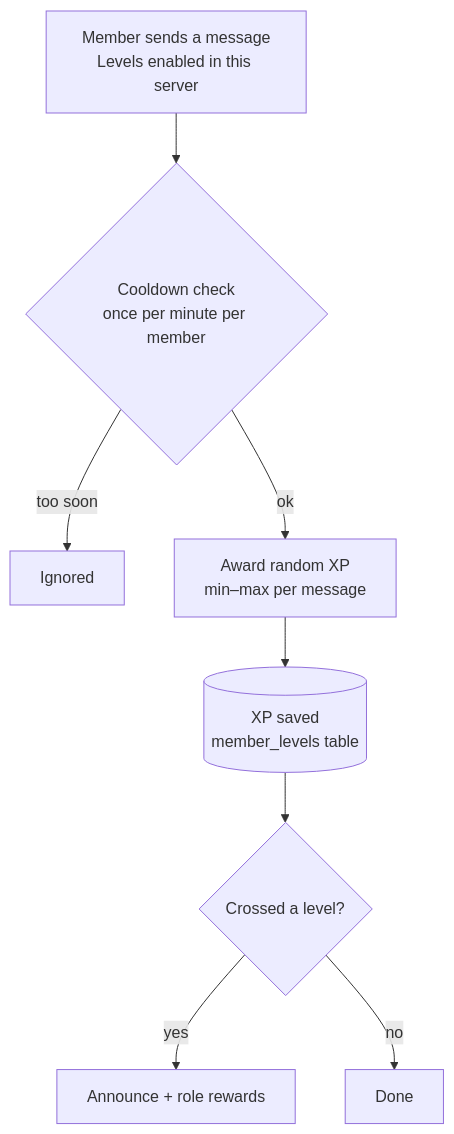
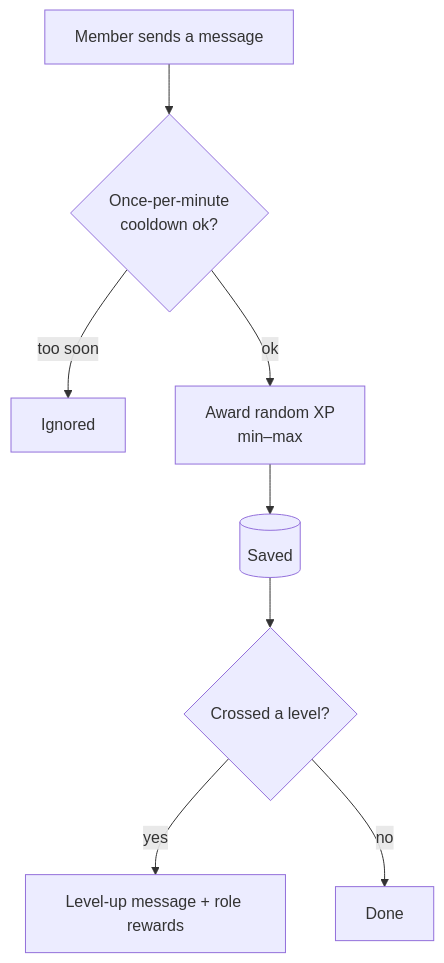
Before and after one commit to ashdlasjdh-spec/zeedash: the diagram in docs-site/docs/levels.md, drawn with Mermaid. The commit also changed other lines of this file and 23 other files, not shown here.

````diff
--- a/docs-site/docs/levels.md
+++ b/docs-site/docs/levels.md
@@ -18,10 +17,10 @@
 ```mermaid
 flowchart TD
-    A[Member sends a message<br/>Levels enabled in this server] --> B{Cooldown check<br/>once per minute per member}
+    A[Member sends a message] --> B{Once-per-minute<br/>cooldown ok?}
     B -->|too soon| S[Ignored]
-    B -->|ok| C[Award random XP<br/>min–max per message]
-    C --> D[(XP saved<br/>member_levels table)]
+    B -->|ok| C[Award random XP<br/>min–max]
+    C --> D[(Saved)]
     D --> E{Crossed a level?}
-    E -->|yes| F[Announce + role rewards]
+    E -->|yes| F[Level-up message + role rewards]
     E -->|no| Z[Done]
 ```
````
